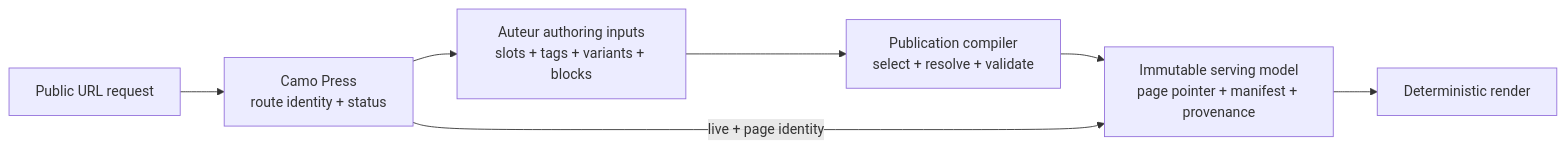
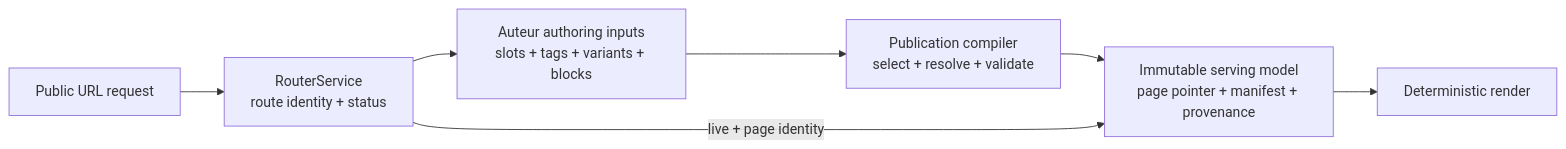
Before and after one commit to eng-manager-xyz/sample-cms: the first of 9 diagrams in docs/process-engineering-guide.md, drawn with Mermaid. The commit also changed other lines of this file and 33 other files, not shown here.

````diff
--- a/docs/process-engineering-guide.md
+++ b/docs/process-engineering-guide.md
@@ -35,9 +35,9 @@
 ```mermaid
 flowchart LR
-  Camo["Camo Press\nroute identity + status"] --> Inputs["Auteur authoring inputs\nslots + tags + variants + blocks"]
+  Router["RouterService\nroute identity + status"] --> Inputs["Auteur authoring inputs\nslots + tags + variants + blocks"]
   Inputs --> Compiler["Publication compiler\nselect + resolve + validate"]
   Compiler --> Published["Immutable serving model\npage pointer + manifest + provenance"]
-  Request["Public URL request"] --> Camo
-  Camo -->|live + page identity| Published
+  Request["Public URL request"] --> Router
+  Router -->|live + page identity| Published
   Published --> Render["Deterministic render"]
 ```
````
